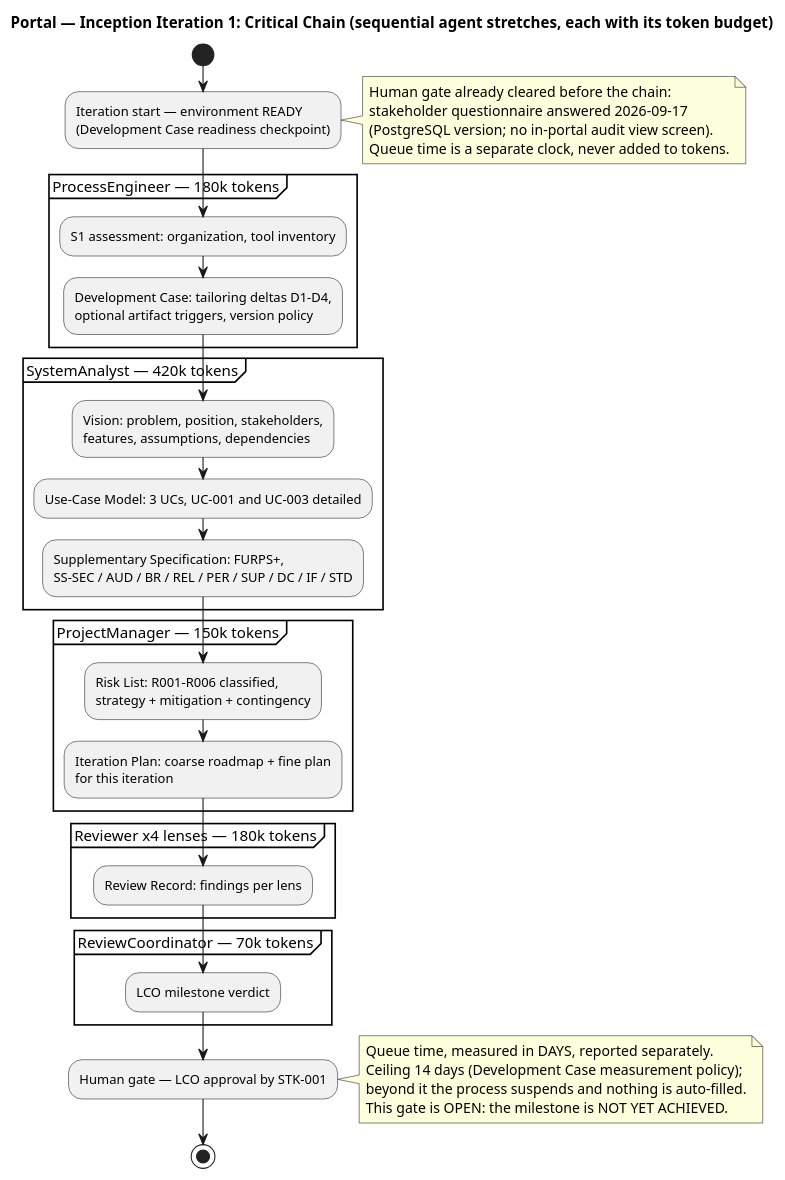
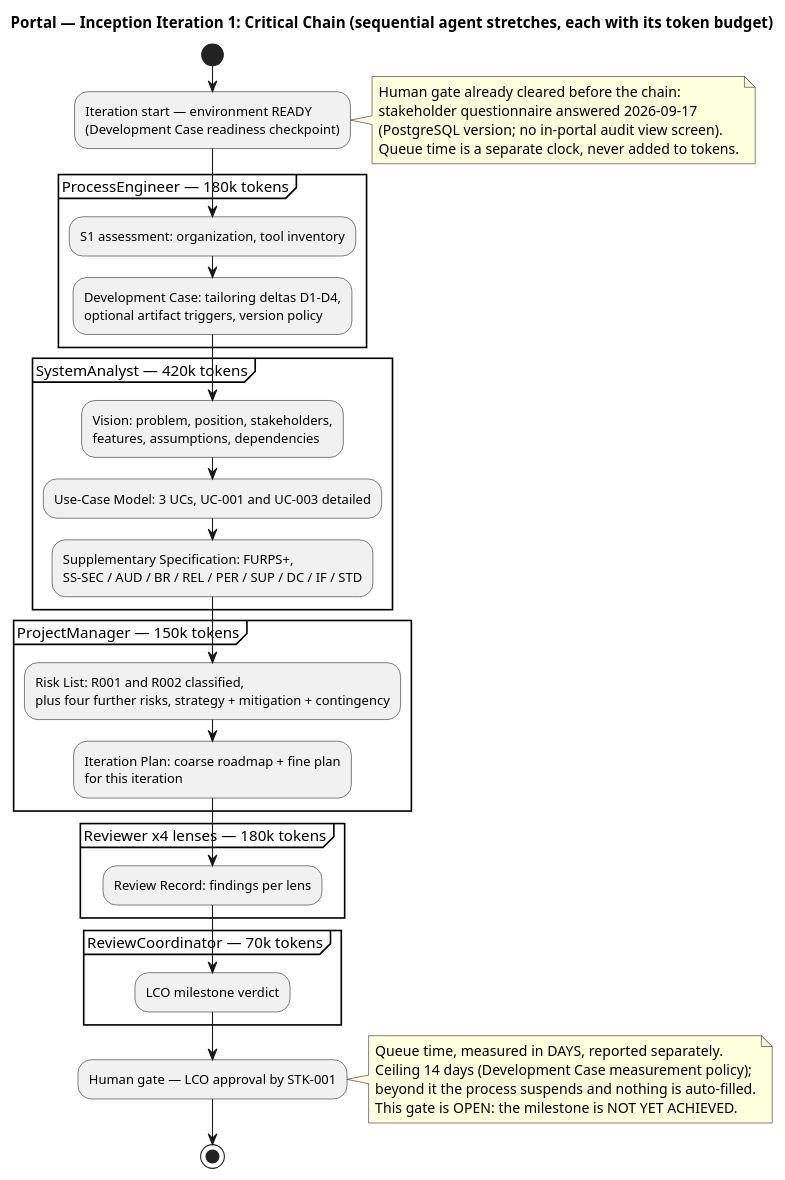
The second of 2 diagrams in docs/artifacts/project-management/iteration-plan.md (banense-test/portal), drawn with PlantUML before and after one commit. The commit also changed other lines of this file, not shown here.

````diff
--- a/docs/artifacts/project-management/iteration-plan.md
+++ b/docs/artifacts/project-management/iteration-plan.md
@@ -129,47 +129,47 @@
 ```plantuml
 @startuml
 title Portal — Inception Iteration 1: Critical Chain (sequential agent stretches, each with its token budget)
 
 start
 :Iteration start — environment READY\n(Development Case readiness checkpoint);
 note right
   Human gate already cleared before the chain:
   stakeholder questionnaire answered 2026-09-17
   (PostgreSQL version; no in-portal audit view screen).
   Queue time is a separate clock, never added to tokens.
 end note
 
 partition "ProcessEngineer — 180k tokens" {
   :S1 assessment: organization, tool inventory;
   :Development Case: tailoring deltas D1-D4,\noptional artifact triggers, version policy;
 }
 
 partition "SystemAnalyst — 420k tokens" {
   :Vision: problem, position, stakeholders,\nfeatures, assumptions, dependencies;
   :Use-Case Model: 3 UCs, UC-001 and UC-003 detailed;
   :Supplementary Specification: FURPS+,\nSS-SEC / AUD / BR / REL / PER / SUP / DC / IF / STD;
 }
 
 partition "ProjectManager — 150k tokens" {
-  :Risk List: R001-R006 classified,\nstrategy + mitigation + contingency;
+  :Risk List: R001 and R002 classified,\nplus four further risks, strategy + mitigation + contingency;
   :Iteration Plan: coarse roadmap + fine plan\nfor this iteration;
 }
 
 partition "Reviewer x4 lenses — 180k tokens" {
   :Review Record: findings per lens;
 }
 
 partition "ReviewCoordinator — 70k tokens" {
   :LCO milestone verdict;
 }
 
 :Human gate — LCO approval by STK-001;
 note right
   Queue time, measured in DAYS, reported separately.
   Ceiling 14 days (Development Case measurement policy);
   beyond it the process suspends and nothing is auto-filled.
   This gate is OPEN: the milestone is NOT YET ACHIEVED.
 end note
 stop
 @enduml
 ```
````
